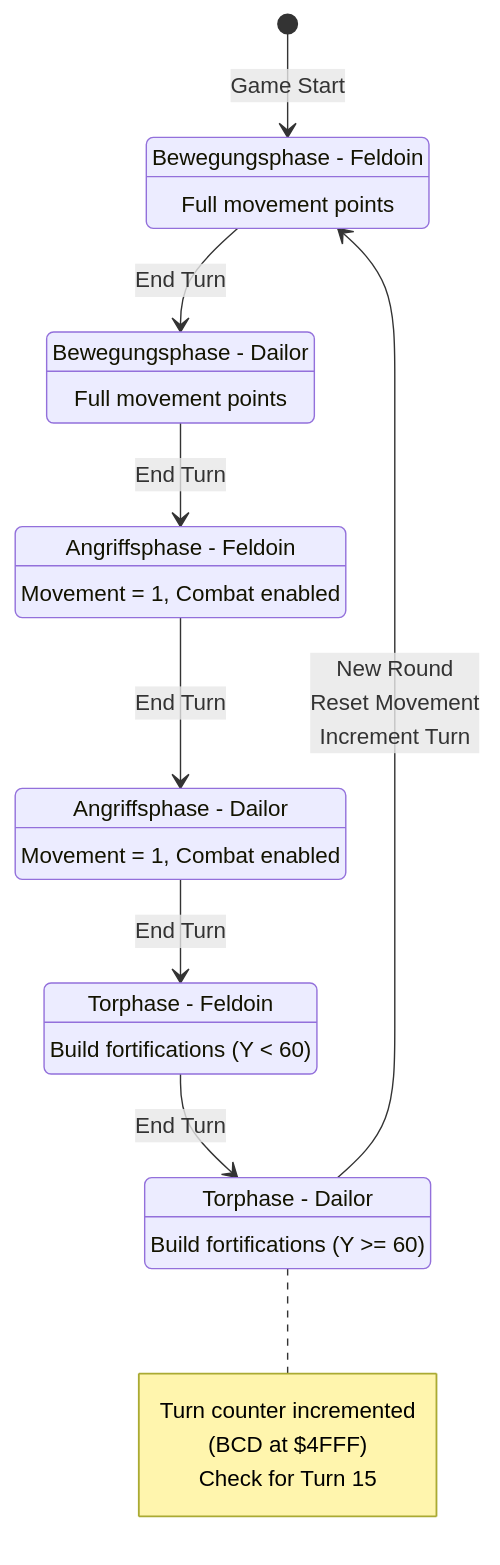
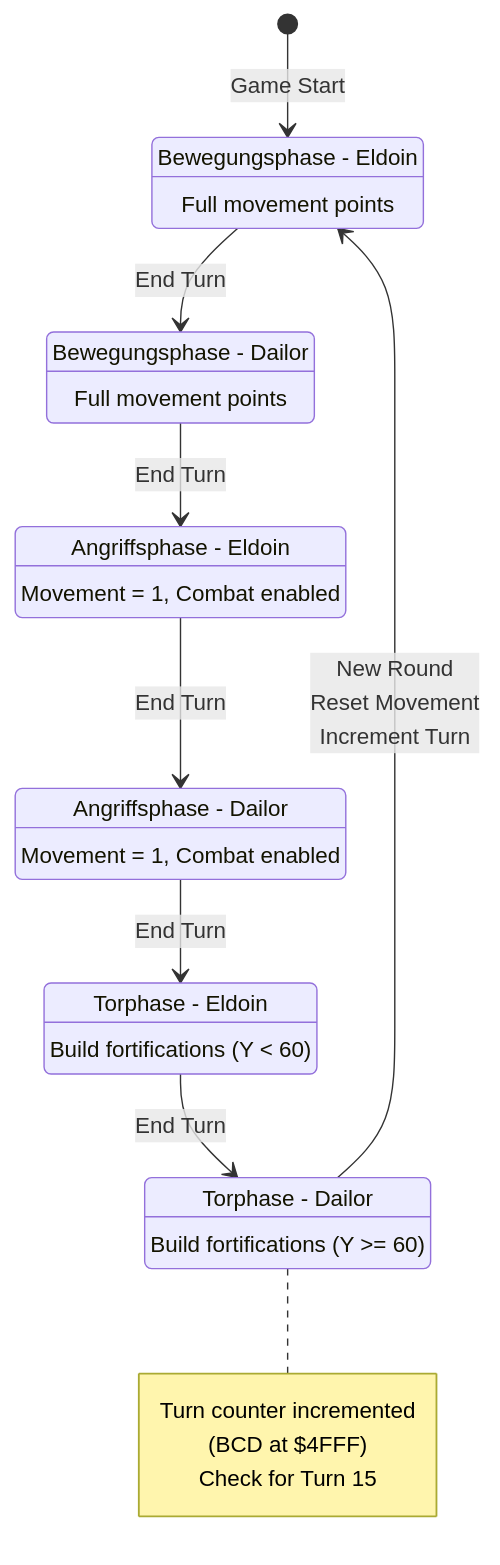
Before and after one commit to s-macke/weltendaemmerung: the second of 3 diagrams in docs/program_flow.md, drawn with Mermaid. The commit also changed other lines of this file and 13 other files, not shown here.

Commit message:
Add victory conditions, fix unit definitions and rename from FELDOIN to ELDOIN.

````diff
--- a/docs/program_flow.md
+++ b/docs/program_flow.md
@@ -78,35 +78,35 @@
 ```mermaid
 stateDiagram-v2
     [*] --> P1_Move: Game Start
 
-    P1_Move: Bewegungsphase - Feldoin
+    P1_Move: Bewegungsphase - Eldoin
     P1_Move: Full movement points
 
     P2_Move: Bewegungsphase - Dailor
     P2_Move: Full movement points
 
-    P1_Attack: Angriffsphase - Feldoin
+    P1_Attack: Angriffsphase - Eldoin
     P1_Attack: Movement = 1, Combat enabled
 
     P2_Attack: Angriffsphase - Dailor
     P2_Attack: Movement = 1, Combat enabled
 
-    P1_Gate: Torphase - Feldoin
+    P1_Gate: Torphase - Eldoin
     P1_Gate: Build fortifications (Y < 60)
 
     P2_Gate: Torphase - Dailor
     P2_Gate: Build fortifications (Y >= 60)
 
     P1_Move --> P2_Move: End Turn
     P2_Move --> P1_Attack: End Turn
     P1_Attack --> P2_Attack: End Turn
     P2_Attack --> P1_Gate: End Turn
     P1_Gate --> P2_Gate: End Turn
     P2_Gate --> P1_Move: New Round<br/>Reset Movement<br/>Increment Turn
 
     note right of P2_Gate
         Turn counter incremented
         (BCD at $4FFF)
         Check for Turn 15
     end note
 ```
````
